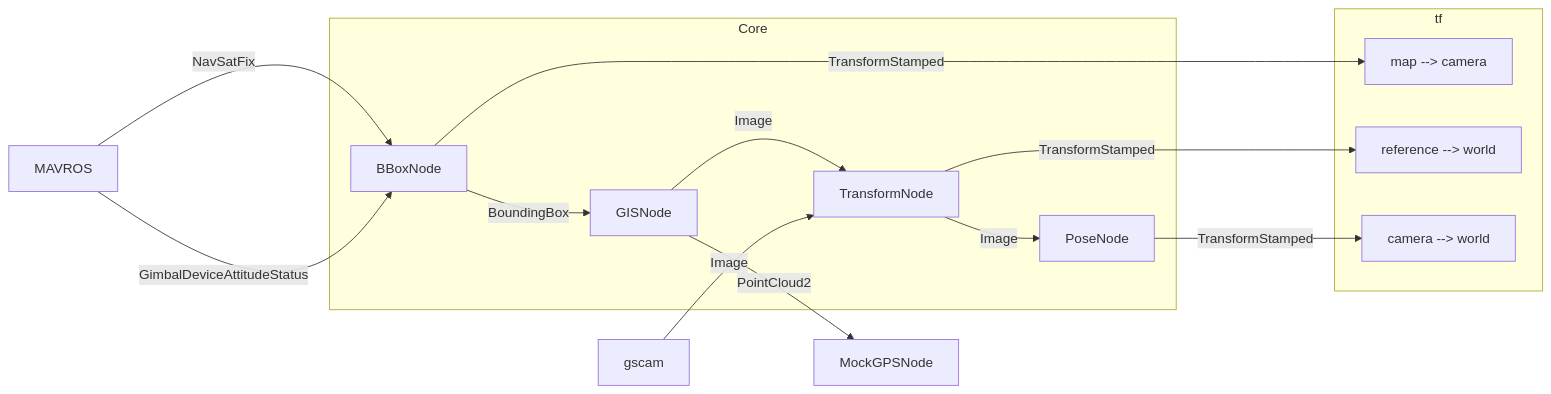
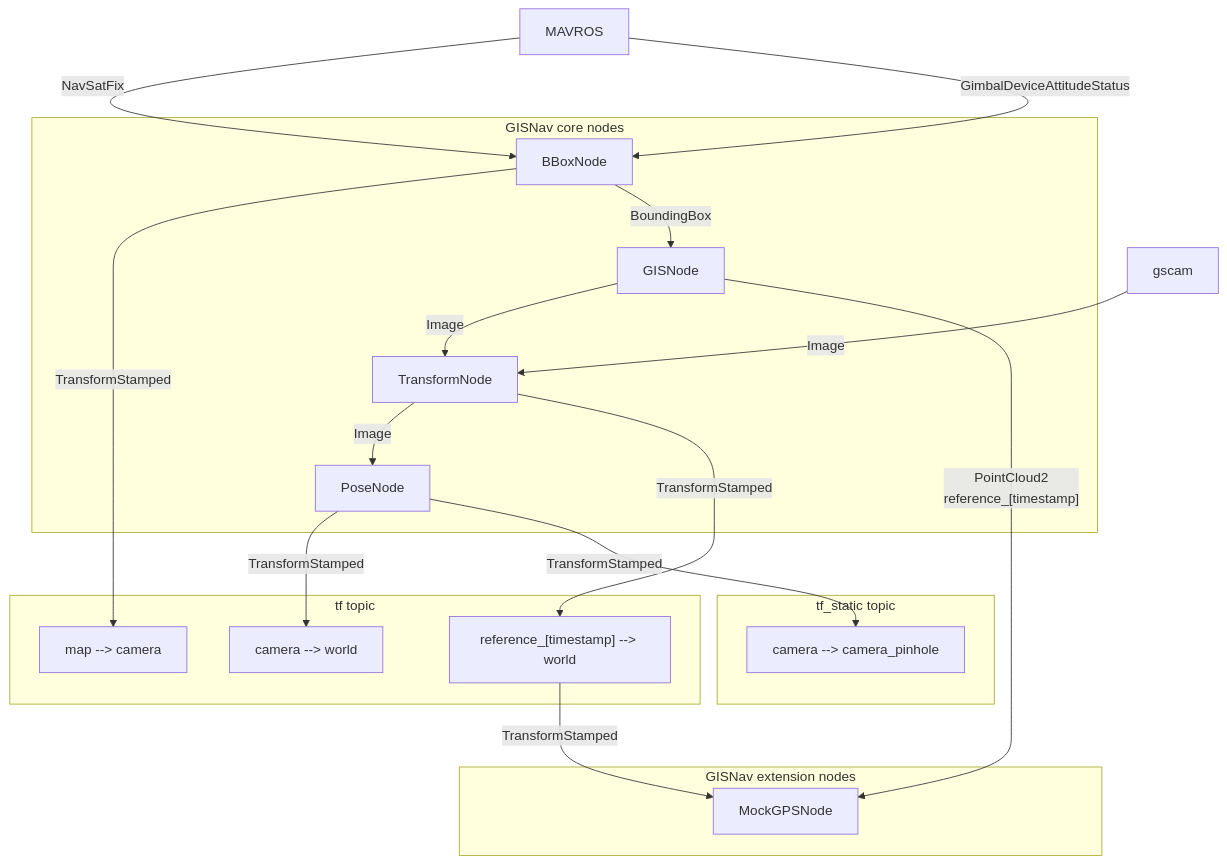
One commit to hmakelin/gisnav changed the diagram in docs/pages/developer_guide/integration/ros_messaging.rst. Above: the diagram before and after it, drawn with Mermaid. The commit also changed other lines of this file, not shown here.

Commit message:
Update ROS topography diagram

```diff
--- a/docs/pages/developer_guide/integration/ros_messaging.rst
+++ b/docs/pages/developer_guide/integration/ros_messaging.rst
@@ -47,22 +47,35 @@
 .. mermaid::
-    graph LR
+
+    graph TB
         MAVROS -->|"NavSatFix"| BBoxNode
         MAVROS -->|"GimbalDeviceAttitudeStatus"| BBoxNode
         BBoxNode -->|"TransformStamped"| map_to_camera
-        subgraph Core
+
+        subgraph core["GISNav core nodes"]
             BBoxNode -->|"BoundingBox"| GISNode
             GISNode -->|"Image"| TransformNode
             TransformNode -->|"Image"| PoseNode
         end
 
-        subgraph tf
+        subgraph tf["tf topic"]
             map_to_camera["map --> camera"]
-            reference_to_world["reference --> world"]
+            reference_to_world["reference_[timestamp] --> world"]
             camera_to_world["camera --> world"]
         end
 
-        GISNode -->|PointCloud2| MockGPSNode:::hidden
+        subgraph tf_static["tf_static topic"]
+            camera_to_camera_pinhole["camera --> camera_pinhole"]
+        end
+
+        subgraph extension["GISNav extension nodes"]
+            MockGPSNode["MockGPSNode"]
+        end
+
+        gscam -->|"Image"| TransformNode
+        GISNode -->|"PointCloud2\nreference_[timestamp]"| MockGPSNode
 
         TransformNode -->|"TransformStamped"| reference_to_world
         PoseNode -->|"TransformStamped"| camera_to_world
-        gscam -->|"Image"| TransformNode
+        PoseNode -->|"TransformStamped"| camera_to_camera_pinhole
+
+        reference_to_world -->|"TransformStamped"| MockGPSNode
```
